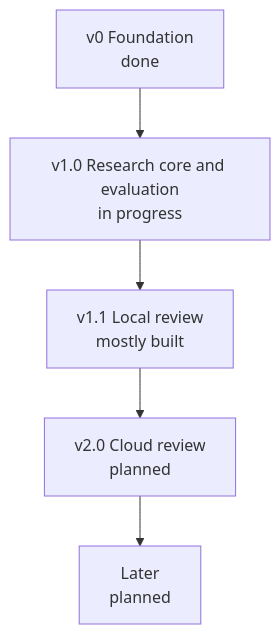
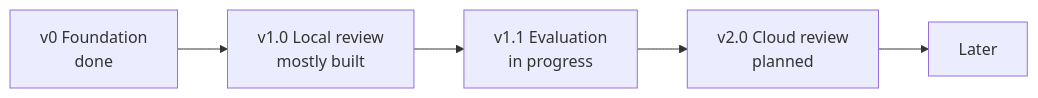
Before and after one commit to Pleasurecruise/eyeful: the diagram in docs/ROADMAP.md, drawn with Mermaid. The commit also changed other lines of this file and 21 other files, not shown here.

First line of the commit message:
docs: align the roadmap and evaluation with the project, and ease the first install

````diff
--- a/docs/ROADMAP.md
+++ b/docs/ROADMAP.md
@@ -6,7 +7,7 @@
 ```mermaid
-flowchart TB
-    v0["v0 Foundation<br/>done"] --> v1["v1.0 Research core and evaluation<br/>in progress"]
-    v1 --> v11["v1.1 Local review<br/>mostly built"]
+flowchart LR
+    v0["v0 Foundation<br/>done"] --> v1["v1.0 Local review<br/>mostly built"]
+    v1 --> v11["v1.1 Evaluation<br/>in progress"]
     v11 --> v2["v2.0 Cloud review<br/>planned"]
-    v2 --> later["Later<br/>planned"]
+    v2 --> later["Later"]
 ```
````
